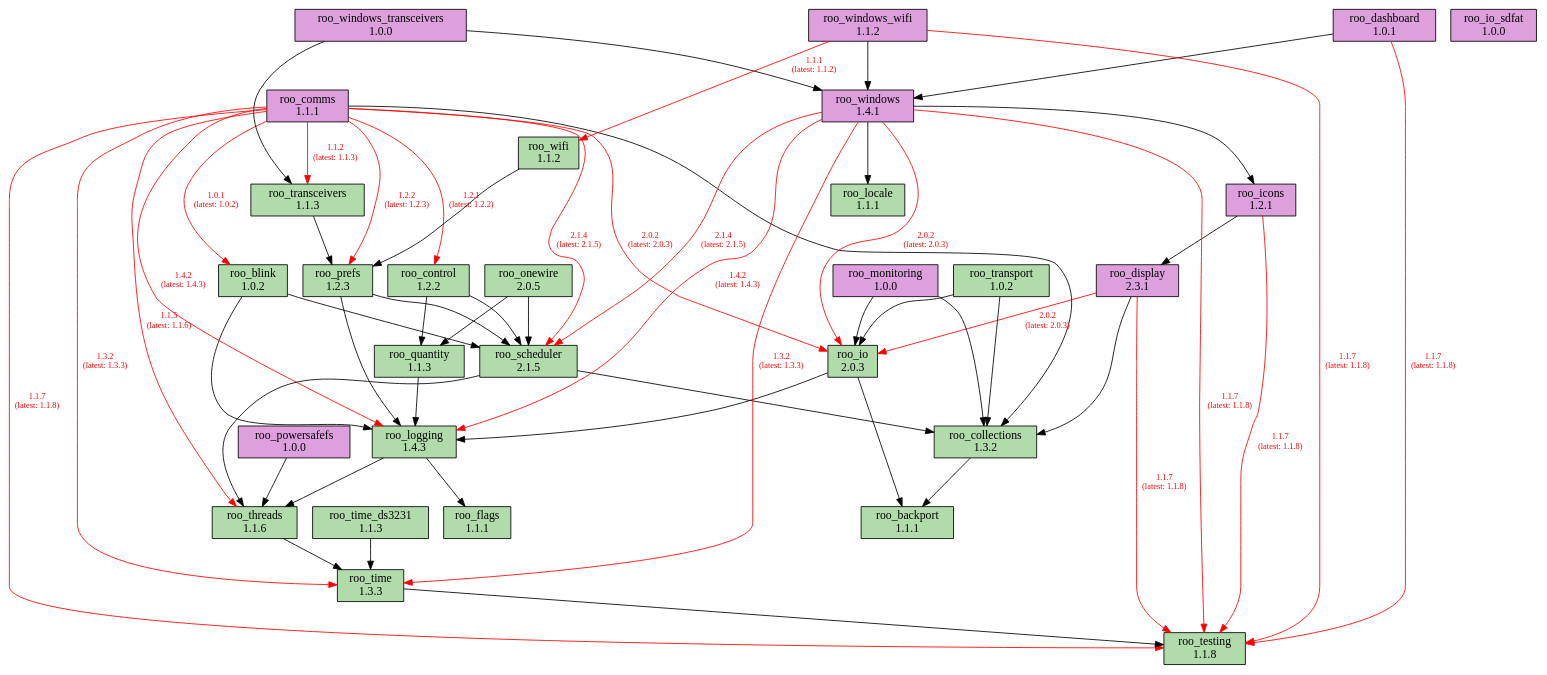
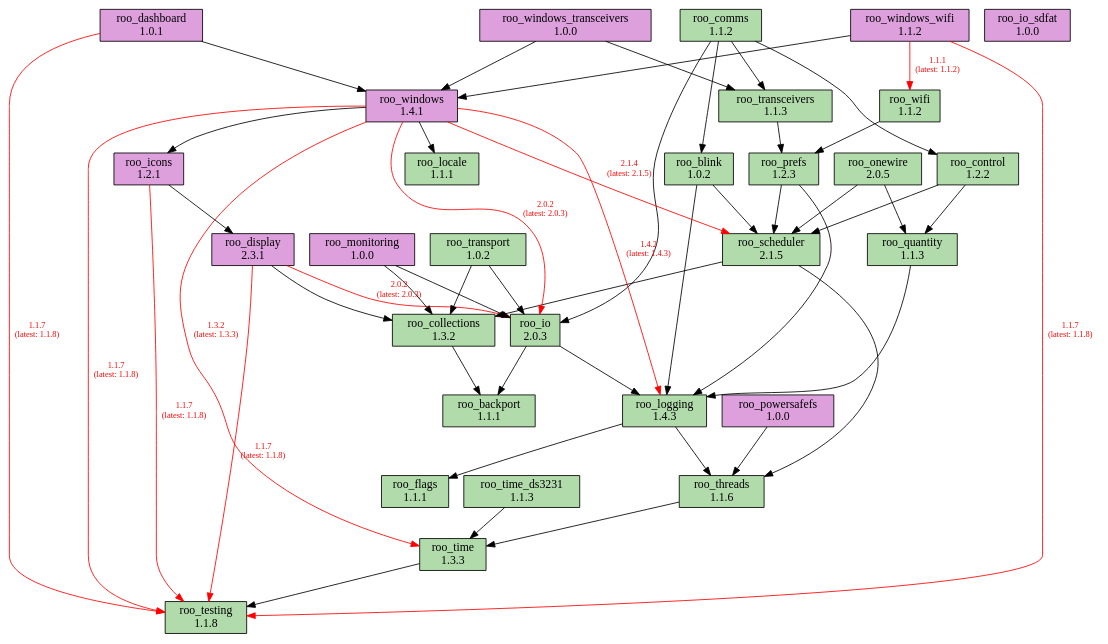
The diagram in doc/dependencies.dot (dejwk/roo-registry), drawn with Graphviz before and after one commit. The commit also changed 3 other files, not shown here.

Commit message:
Added roo_comms 1.1.2 to the registry.

```diff
--- a/doc/dependencies.dot
+++ b/doc/dependencies.dot
@@ -1,94 +1,87 @@
 digraph dependencies {
     rankdir=TB;
     node [shape=box, style=filled];
     edge [fontsize=10];
 
     // Modules
     "roo_backport" [label="roo_backport\n1.1.1", fillcolor="#b1dbab"];
     "roo_blink" [label="roo_blink\n1.0.2", fillcolor="#b1dbab"];
     "roo_collections" [label="roo_collections\n1.3.2", fillcolor="#b1dbab"];
-    "roo_comms" [label="roo_comms\n1.1.1", fillcolor="plum"];
+    "roo_comms" [label="roo_comms\n1.1.2", fillcolor="#b1dbab"];
     "roo_control" [label="roo_control\n1.2.2", fillcolor="#b1dbab"];
     "roo_dashboard" [label="roo_dashboard\n1.0.1", fillcolor="plum"];
     "roo_display" [label="roo_display\n2.3.1", fillcolor="plum"];
     "roo_flags" [label="roo_flags\n1.1.1", fillcolor="#b1dbab"];
     "roo_icons" [label="roo_icons\n1.2.1", fillcolor="plum"];
     "roo_io" [label="roo_io\n2.0.3", fillcolor="#b1dbab"];
     "roo_io_sdfat" [label="roo_io_sdfat\n1.0.0", fillcolor="plum"];
     "roo_locale" [label="roo_locale\n1.1.1", fillcolor="#b1dbab"];
     "roo_logging" [label="roo_logging\n1.4.3", fillcolor="#b1dbab"];
     "roo_monitoring" [label="roo_monitoring\n1.0.0", fillcolor="plum"];
     "roo_onewire" [label="roo_onewire\n2.0.5", fillcolor="#b1dbab"];
     "roo_powersafefs" [label="roo_powersafefs\n1.0.0", fillcolor="plum"];
     "roo_prefs" [label="roo_prefs\n1.2.3", fillcolor="#b1dbab"];
     "roo_quantity" [label="roo_quantity\n1.1.3", fillcolor="#b1dbab"];
     "roo_scheduler" [label="roo_scheduler\n2.1.5", fillcolor="#b1dbab"];
     "roo_testing" [label="roo_testing\n1.1.8", fillcolor="#b1dbab"];
     "roo_threads" [label="roo_threads\n1.1.6", fillcolor="#b1dbab"];
     "roo_time" [label="roo_time\n1.3.3", fillcolor="#b1dbab"];
     "roo_time_ds3231" [label="roo_time_ds3231\n1.1.3", fillcolor="#b1dbab"];
     "roo_transceivers" [label="roo_transceivers\n1.1.3", fillcolor="#b1dbab"];
     "roo_transport" [label="roo_transport\n1.0.2", fillcolor="#b1dbab"];
     "roo_wifi" [label="roo_wifi\n1.1.2", fillcolor="#b1dbab"];
     "roo_windows" [label="roo_windows\n1.4.1", fillcolor="plum"];
     "roo_windows_transceivers" [label="roo_windows_transceivers\n1.0.0", fillcolor="plum"];
     "roo_windows_wifi" [label="roo_windows_wifi\n1.1.2", fillcolor="plum"];
 
     // Dependencies
     "roo_blink" -> "roo_logging";
     "roo_blink" -> "roo_scheduler";
     "roo_collections" -> "roo_backport";
-    "roo_comms" -> "roo_testing" [color=red, fontcolor=red, label="1.1.7\n(latest: 1.1.8)"];
-    "roo_comms" -> "roo_blink" [color=red, fontcolor=red, label="1.0.1\n(latest: 1.0.2)"];
-    "roo_comms" -> "roo_collections";
-    "roo_comms" -> "roo_control" [color=red, fontcolor=red, label="1.2.1\n(latest: 1.2.2)"];
-    "roo_comms" -> "roo_io" [color=red, fontcolor=red, label="2.0.2\n(latest: 2.0.3)"];
-    "roo_comms" -> "roo_logging" [color=red, fontcolor=red, label="1.4.2\n(latest: 1.4.3)"];
-    "roo_comms" -> "roo_prefs" [color=red, fontcolor=red, label="1.2.2\n(latest: 1.2.3)"];
-    "roo_comms" -> "roo_scheduler" [color=red, fontcolor=red, label="2.1.4\n(latest: 2.1.5)"];
-    "roo_comms" -> "roo_threads" [color=red, fontcolor=red, label="1.1.5\n(latest: 1.1.6)"];
-    "roo_comms" -> "roo_time" [color=red, fontcolor=red, label="1.3.2\n(latest: 1.3.3)"];
-    "roo_comms" -> "roo_transceivers" [color=red, fontcolor=red, label="1.1.2\n(latest: 1.1.3)"];
+    "roo_comms" -> "roo_blink";
+    "roo_comms" -> "roo_control";
+    "roo_comms" -> "roo_io";
+    "roo_comms" -> "roo_transceivers";
     "roo_control" -> "roo_quantity";
     "roo_control" -> "roo_scheduler";
     "roo_dashboard" -> "roo_testing" [color=red, fontcolor=red, label="1.1.7\n(latest: 1.1.8)"];
     "roo_dashboard" -> "roo_windows";
     "roo_display" -> "roo_testing" [color=red, fontcolor=red, label="1.1.7\n(latest: 1.1.8)"];
     "roo_display" -> "roo_collections";
     "roo_display" -> "roo_io" [color=red, fontcolor=red, label="2.0.2\n(latest: 2.0.3)"];
     "roo_icons" -> "roo_testing" [color=red, fontcolor=red, label="1.1.7\n(latest: 1.1.8)"];
     "roo_icons" -> "roo_display";
     "roo_io" -> "roo_backport";
     "roo_io" -> "roo_logging";
     "roo_logging" -> "roo_flags";
     "roo_logging" -> "roo_threads";
     "roo_monitoring" -> "roo_collections";
     "roo_monitoring" -> "roo_io";
     "roo_onewire" -> "roo_scheduler";
     "roo_onewire" -> "roo_quantity";
     "roo_powersafefs" -> "roo_threads";
     "roo_prefs" -> "roo_logging";
     "roo_prefs" -> "roo_scheduler";
     "roo_quantity" -> "roo_logging";
     "roo_scheduler" -> "roo_collections";
     "roo_scheduler" -> "roo_threads";
     "roo_threads" -> "roo_time";
     "roo_time" -> "roo_testing";
     "roo_time_ds3231" -> "roo_time";
     "roo_transceivers" -> "roo_prefs";
     "roo_transport" -> "roo_collections";
     "roo_transport" -> "roo_io";
     "roo_wifi" -> "roo_prefs";
     "roo_windows" -> "roo_testing" [color=red, fontcolor=red, label="1.1.7\n(latest: 1.1.8)"];
     "roo_windows" -> "roo_locale";
     "roo_windows" -> "roo_logging" [color=red, fontcolor=red, label="1.4.2\n(latest: 1.4.3)"];
     "roo_windows" -> "roo_icons";
     "roo_windows" -> "roo_io" [color=red, fontcolor=red, label="2.0.2\n(latest: 2.0.3)"];
     "roo_windows" -> "roo_scheduler" [color=red, fontcolor=red, label="2.1.4\n(latest: 2.1.5)"];
     "roo_windows" -> "roo_time" [color=red, fontcolor=red, label="1.3.2\n(latest: 1.3.3)"];
     "roo_windows_transceivers" -> "roo_transceivers";
     "roo_windows_transceivers" -> "roo_windows";
     "roo_windows_wifi" -> "roo_testing" [color=red, fontcolor=red, label="1.1.7\n(latest: 1.1.8)"];
     "roo_windows_wifi" -> "roo_wifi" [color=red, fontcolor=red, label="1.1.1\n(latest: 1.1.2)"];
     "roo_windows_wifi" -> "roo_windows";
 }
```
